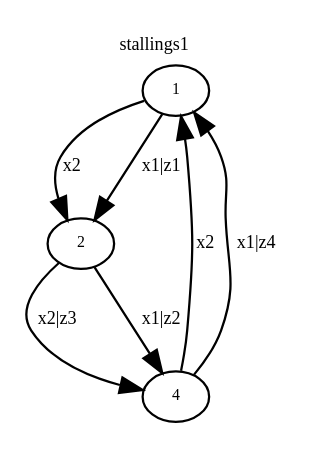
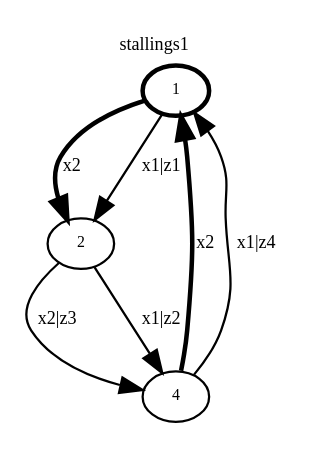
One commit to AndrewDuncan/Doublecoset changed the diagram in python/genfold/cex_checked/stallings1.gv. Above: the diagram before and after it, drawn with Graphviz. The commit also changed 6 other files, not shown here.

```diff
--- a/python/genfold/cex_checked/stallings1.gv
+++ b/python/genfold/cex_checked/stallings1.gv
@@ -1,10 +1,10 @@
 digraph stallings1 {
-"H1v1" [label="1",fontsize=7,width=.01,height=.01];
-"H1v1" -> "H1v2" [label="x2",fontsize=8];
+"H1v1" [label="1",fontsize=7,width=.01,height=.01,style="bold"];
+"H1v1" -> "H1v2" [label="x2",fontsize=8,style="bold"];
 "H1v1" -> "H1v2" [label="x1|z1",fontsize=8];
 "H1v2" [label="2",fontsize=7,width=.01,height=.01];
 "H1v2" -> "H1v4" [label="x2|z3",fontsize=8];
 "H1v2" -> "H1v4" [label="x1|z2",fontsize=8];
 "H1v4" [label="4",fontsize=7,width=.01,height=.01];
-"H1v4" -> "H1v1" [label="x2",fontsize=8];
+"H1v4" -> "H1v1" [label="x2",fontsize=8,style="bold"];
 "H1v4" -> "H1v1" [label="x1|z4",fontsize=8];labelloc="t";fontsize=8;label= "stallings1" ;}
```
